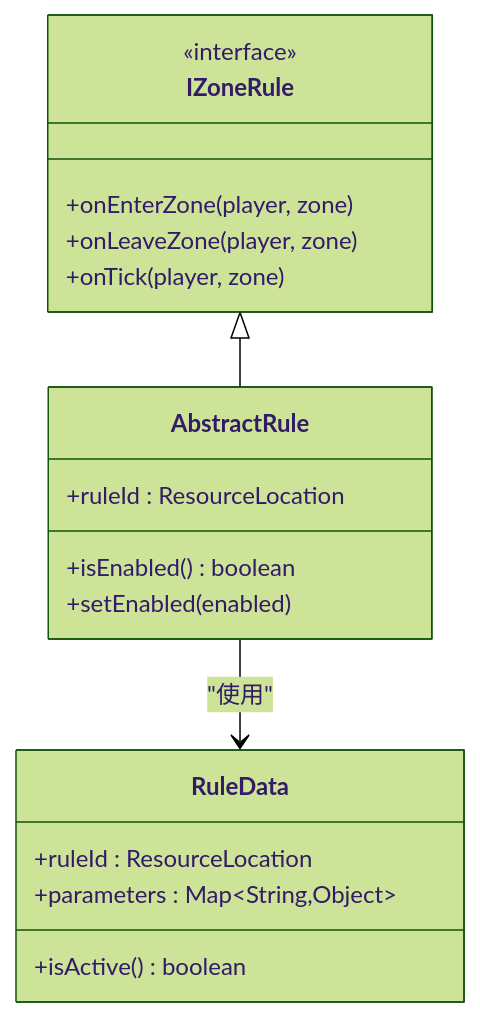
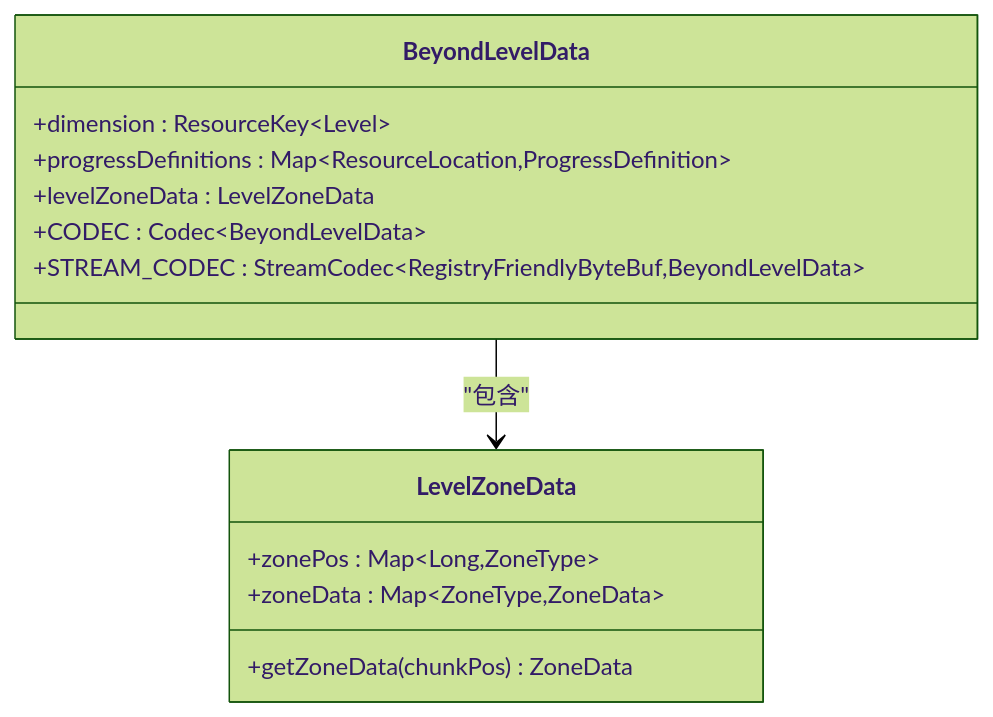
One commit to Ver-shift/SubModulesGeneHunter changed the sixth of 11 diagrams in .qoder/repowiki/zh/content/模块架构/Beyond安全区模块/Beyond安全区模块.md. Above: the diagram before and after it, drawn with Mermaid (forest theme). The commit also changed other lines of this file and 61 other files, not shown here.

````diff
--- a/.qoder/repowiki/zh/content/模块架构/Beyond安全区模块/Beyond安全区模块.md
+++ b/.qoder/repowiki/zh/content/模块架构/Beyond安全区模块/Beyond安全区模块.md
@@ -548,21 +302,16 @@
 ```mermaid
 classDiagram
-class IZoneRule {
-<<interface>>
-+onEnterZone(player, zone)
-+onLeaveZone(player, zone)
-+onTick(player, zone)
+class BeyondLevelData {
++dimension : ResourceKey~Level~
++progressDefinitions : Map~ResourceLocation,ProgressDefinition~
++levelZoneData : LevelZoneData
++CODEC : Codec~BeyondLevelData~
++STREAM_CODEC : StreamCodec~RegistryFriendlyByteBuf,BeyondLevelData~
 }
-class AbstractRule {
-+ruleId : ResourceLocation
-+isEnabled() boolean
-+setEnabled(enabled)
+class LevelZoneData {
++zonePos : Map~Long,ZoneType~
++zoneData : Map~ZoneType,ZoneData~
++getZoneData(chunkPos) ZoneData
 }
-class RuleData {
-+ruleId : ResourceLocation
-+parameters : Map~String,Object~
-+isActive() boolean
-}
-IZoneRule <|-- AbstractRule
-AbstractRule --> RuleData : "使用"
+BeyondLevelData --> LevelZoneData : "包含"
 ```
````
